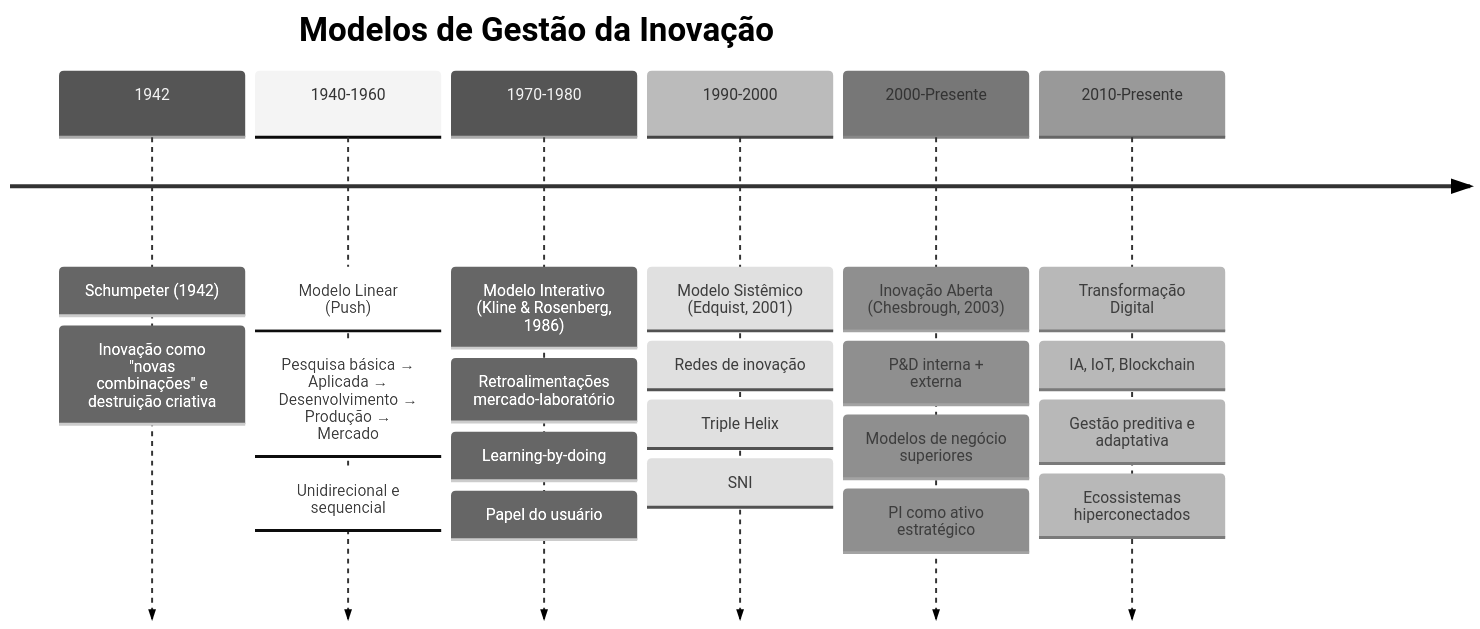
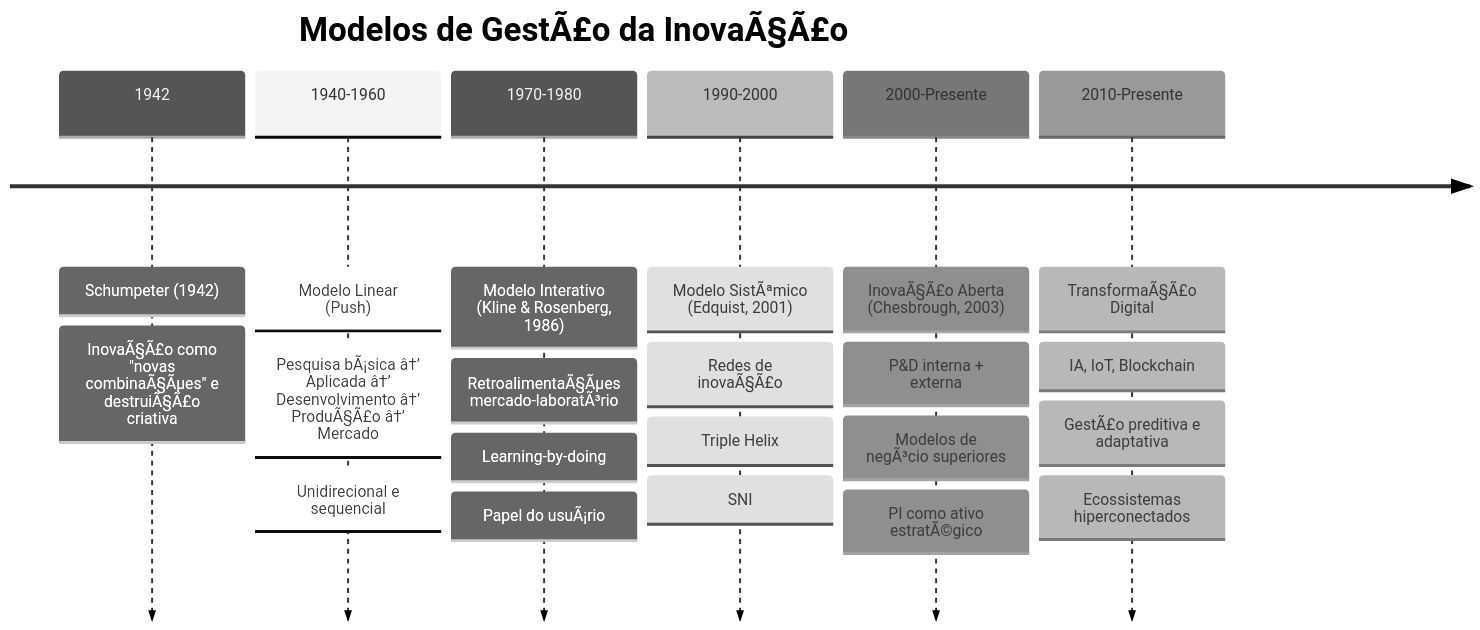
One commit to ldvsantos/cv changed the first of 11 diagrams in aulas/ciencia_pi/SLIDES_QUARTO/Tema 05 - Gestao de Projetos inovacao/tema05_apresentacao/tema05_apresentacao.qmd. Above: the diagram before and after it, drawn with Mermaid (neutral theme). The commit also changed other lines of this file and 466 other files, not shown here.

````diff
--- a/aulas/ciencia_pi/SLIDES_QUARTO/Tema 05 - Gestao de Projetos inovacao/tema05_apresentacao/tema05_apresentacao.qmd
+++ b/aulas/ciencia_pi/SLIDES_QUARTO/Tema 05 - Gestao de Projetos inovacao/tema05_apresentacao/tema05_apresentacao.qmd
@@ -86,27 +85,27 @@
 ```{mermaid}
 %%| fig-width: 12
 %%| fig-height: 8
 timeline
-    title Modelos de Gestão da Inovação
+    title Modelos de GestÃ£o da InovaÃ§Ã£o
   1942 : Schumpeter (1942)
-     : Inovação como "novas combinações" e destruição criativa
+     : InovaÃ§Ã£o como "novas combinaÃ§Ãµes" e destruiÃ§Ã£o criativa
     1940-1960 : Modelo Linear (Push)
-              : Pesquisa básica → Aplicada → Desenvolvimento → Produção → Mercado
+              : Pesquisa bÃ¡sica â†’ Aplicada â†’ Desenvolvimento â†’ ProduÃ§Ã£o â†’ Mercado
               : Unidirecional e sequencial
     1970-1980 : Modelo Interativo (Kline & Rosenberg, 1986)
-              : Retroalimentações mercado-laboratório
+              : RetroalimentaÃ§Ãµes mercado-laboratÃ³rio
               : Learning-by-doing
-              : Papel do usuário
-    1990-2000 : Modelo Sistêmico (Edquist, 2001)
-              : Redes de inovação
+              : Papel do usuÃ¡rio
+    1990-2000 : Modelo SistÃªmico (Edquist, 2001)
+              : Redes de inovaÃ§Ã£o
               : Triple Helix
               : SNI
-    2000-Presente : Inovação Aberta (Chesbrough, 2003)
+    2000-Presente : InovaÃ§Ã£o Aberta (Chesbrough, 2003)
                   : P&D interna + externa
-                  : Modelos de negócio superiores
-                  : PI como ativo estratégico
-    2010-Presente : Transformação Digital
+                  : Modelos de negÃ³cio superiores
+                  : PI como ativo estratÃ©gico
+    2010-Presente : TransformaÃ§Ã£o Digital
                   : IA, IoT, Blockchain
-                  : Gestão preditiva e adaptativa
+                  : GestÃ£o preditiva e adaptativa
                   : Ecossistemas hiperconectados
 ```
````
